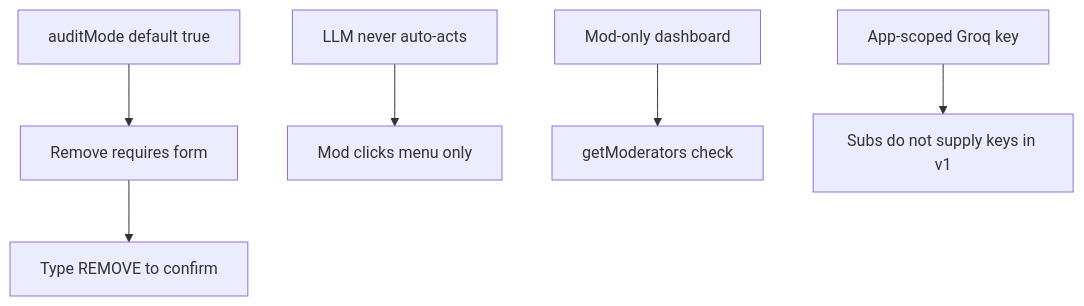
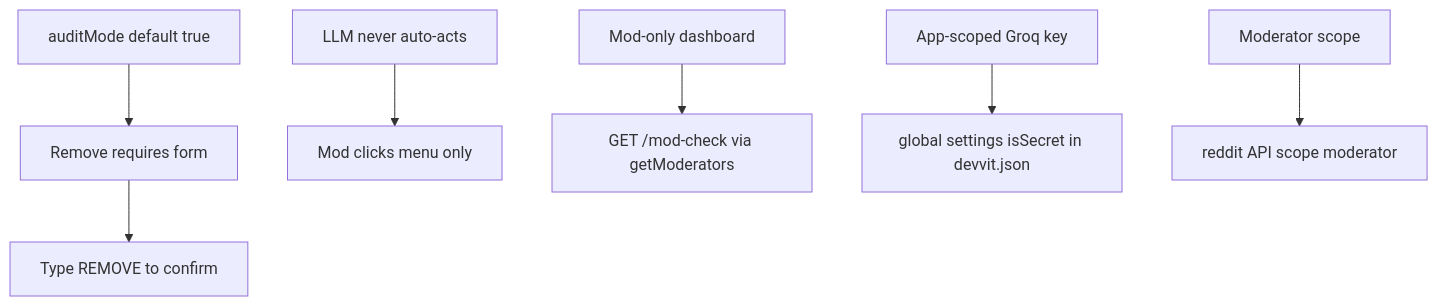
One commit to nag-gude/triageguard changed the fifth of 6 diagrams in docs/ARCHITECTURE.md. Above: the diagram before and after it, drawn with Mermaid. The commit also changed other lines of this file and 33 other files, not shown here.

````diff
--- a/docs/ARCHITECTURE.md
+++ b/docs/ARCHITECTURE.md
@@ -170,8 +283,9 @@
 ```mermaid
 flowchart TD
   A[auditMode default true] --> B[Remove requires form]
   B --> C[Type REMOVE to confirm]
   D[LLM never auto-acts] --> E[Mod clicks menu only]
-  F[Mod-only dashboard] --> G[getModerators check]
-  H[App-scoped Groq key] --> I[Subs do not supply keys in v1]
+  F[Mod-only dashboard] --> G[GET /mod-check via getModerators]
+  H[App-scoped Groq key] --> I[global settings isSecret in devvit.json]
+  J[Moderator scope] --> K[reddit API scope moderator]
 ```
````
